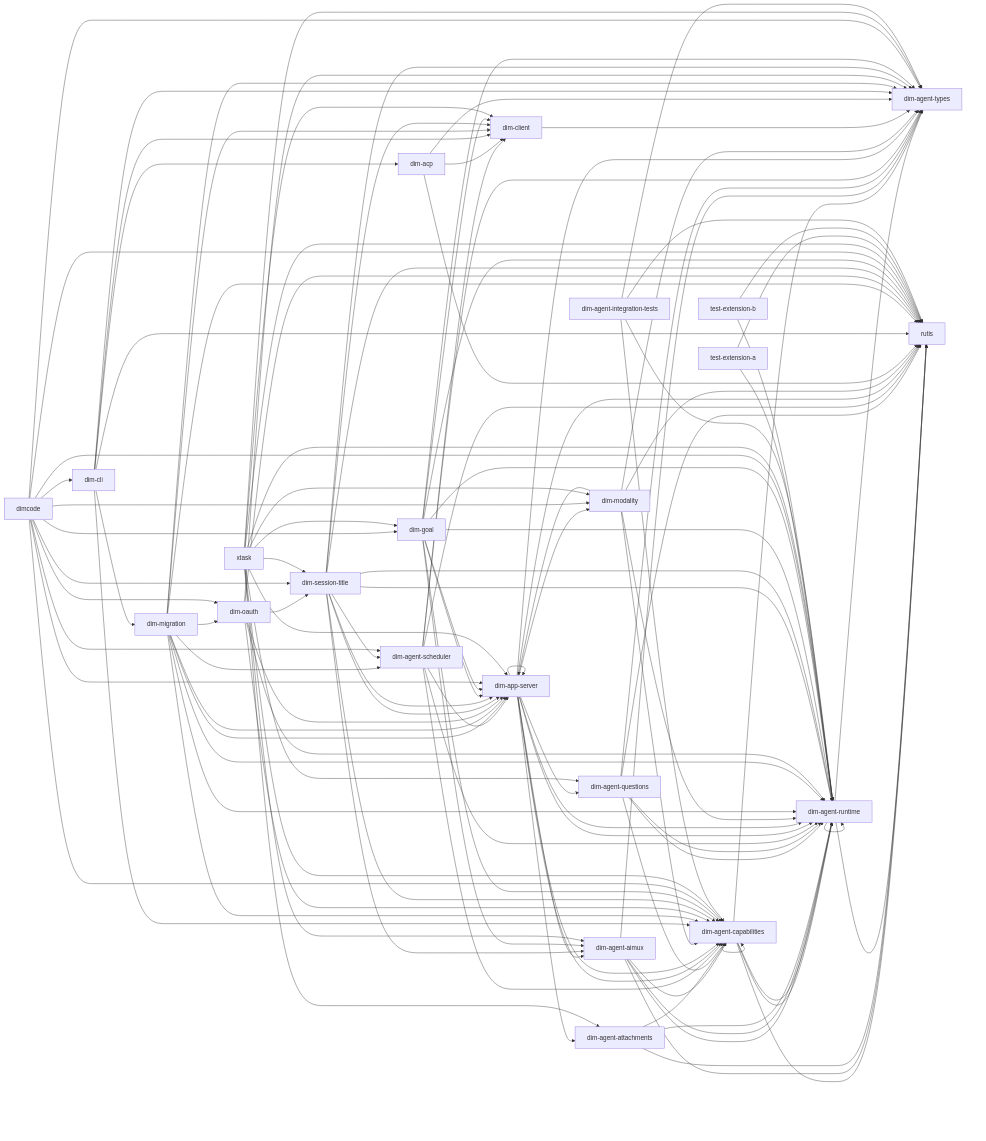
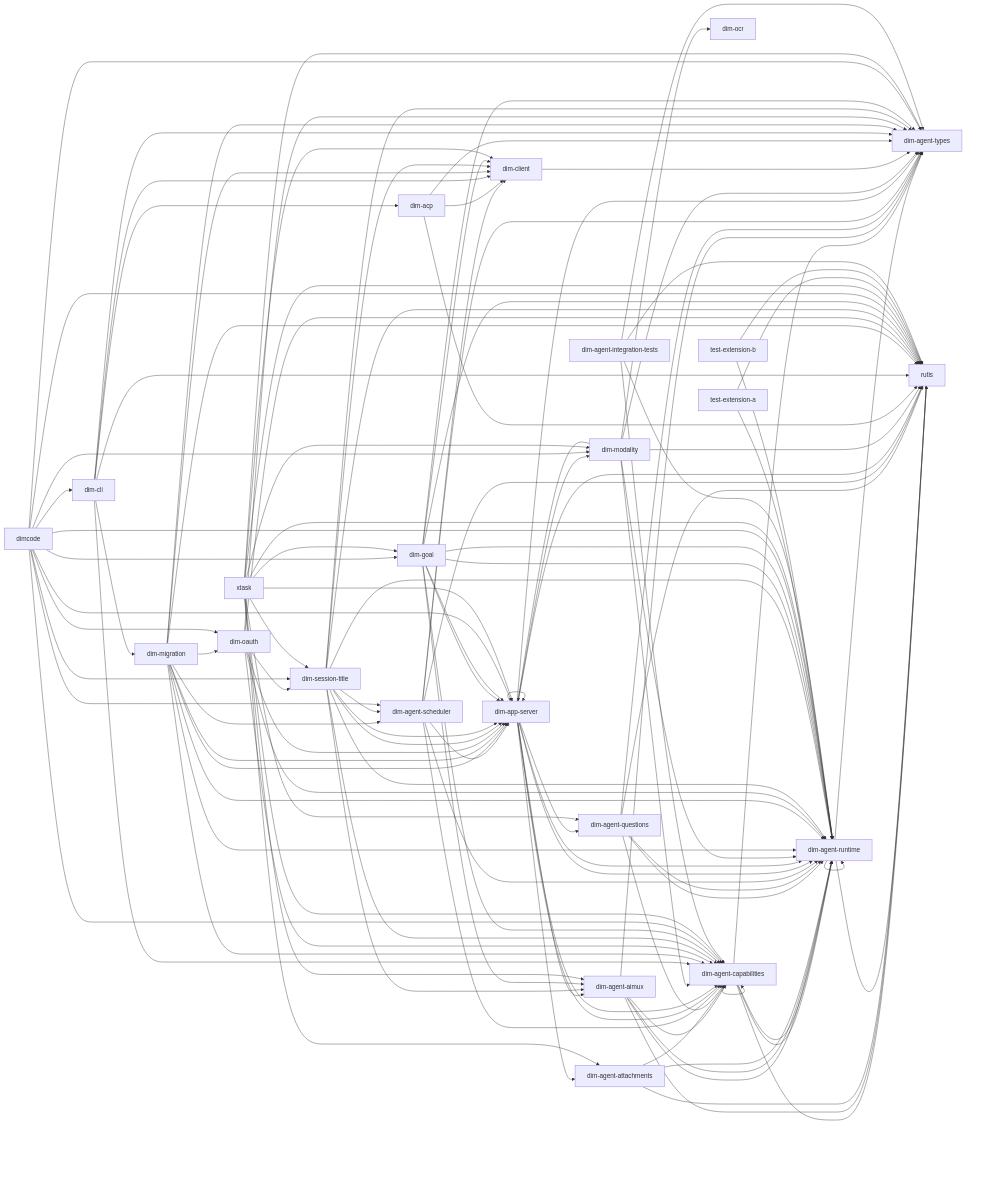
Before and after one commit to CoutinhoTTS/dim-agent: the diagram in docs/architecture/rust-agent/generated/crates.mmd, drawn with Mermaid. The commit also changed 9 other files, not shown here.

```diff
--- a/docs/architecture/rust-agent/generated/crates.mmd
+++ b/docs/architecture/rust-agent/generated/crates.mmd
@@ -1,121 +1,122 @@
 %% Generated from cargo metadata; do not edit.
 flowchart LR
   dim_agent_runtime["dim-agent-runtime"] --> dim_agent_types["dim-agent-types"]
   dim_agent_runtime["dim-agent-runtime"] --> rutis["rutis"]
   dim_agent_runtime["dim-agent-runtime"] --> dim_agent_runtime["dim-agent-runtime"]
   dim_agent_capabilities["dim-agent-capabilities"] --> dim_agent_runtime["dim-agent-runtime"]
   dim_agent_capabilities["dim-agent-capabilities"] --> dim_agent_types["dim-agent-types"]
   dim_agent_capabilities["dim-agent-capabilities"] --> rutis["rutis"]
   dim_agent_capabilities["dim-agent-capabilities"] --> dim_agent_capabilities["dim-agent-capabilities"]
   dim_agent_capabilities["dim-agent-capabilities"] --> dim_agent_runtime["dim-agent-runtime"]
   dim_agent_aimux["dim-agent-aimux"] --> dim_agent_capabilities["dim-agent-capabilities"]
   dim_agent_aimux["dim-agent-aimux"] --> dim_agent_runtime["dim-agent-runtime"]
   dim_agent_aimux["dim-agent-aimux"] --> dim_agent_types["dim-agent-types"]
   dim_agent_aimux["dim-agent-aimux"] --> rutis["rutis"]
   dim_agent_aimux["dim-agent-aimux"] --> dim_agent_runtime["dim-agent-runtime"]
   dim_agent_attachments["dim-agent-attachments"] --> dim_agent_capabilities["dim-agent-capabilities"]
   dim_agent_attachments["dim-agent-attachments"] --> dim_agent_runtime["dim-agent-runtime"]
   dim_agent_attachments["dim-agent-attachments"] --> rutis["rutis"]
   dim_agent_questions["dim-agent-questions"] --> dim_agent_capabilities["dim-agent-capabilities"]
   dim_agent_questions["dim-agent-questions"] --> dim_agent_runtime["dim-agent-runtime"]
   dim_agent_questions["dim-agent-questions"] --> dim_agent_types["dim-agent-types"]
   dim_agent_questions["dim-agent-questions"] --> rutis["rutis"]
   dim_agent_questions["dim-agent-questions"] --> dim_agent_runtime["dim-agent-runtime"]
   dim_agent_scheduler["dim-agent-scheduler"] --> dim_agent_capabilities["dim-agent-capabilities"]
   dim_agent_scheduler["dim-agent-scheduler"] --> dim_agent_runtime["dim-agent-runtime"]
   dim_agent_scheduler["dim-agent-scheduler"] --> dim_agent_types["dim-agent-types"]
   dim_agent_scheduler["dim-agent-scheduler"] --> dim_app_server["dim-app-server"]
   dim_agent_scheduler["dim-agent-scheduler"] --> rutis["rutis"]
   dim_agent_scheduler["dim-agent-scheduler"] --> dim_client["dim-client"]
   dim_app_server["dim-app-server"] --> dim_agent_aimux["dim-agent-aimux"]
   dim_app_server["dim-app-server"] --> dim_agent_attachments["dim-agent-attachments"]
   dim_app_server["dim-app-server"] --> dim_agent_capabilities["dim-agent-capabilities"]
   dim_app_server["dim-app-server"] --> dim_agent_questions["dim-agent-questions"]
   dim_app_server["dim-app-server"] --> dim_agent_runtime["dim-agent-runtime"]
   dim_app_server["dim-app-server"] --> dim_agent_types["dim-agent-types"]
   dim_app_server["dim-app-server"] --> rutis["rutis"]
   dim_app_server["dim-app-server"] --> dim_agent_capabilities["dim-agent-capabilities"]
   dim_app_server["dim-app-server"] --> dim_agent_runtime["dim-agent-runtime"]
   dim_app_server["dim-app-server"] --> dim_app_server["dim-app-server"]
   dim_app_server["dim-app-server"] --> dim_modality["dim-modality"]
   dim_modality["dim-modality"] --> dim_agent_capabilities["dim-agent-capabilities"]
   dim_modality["dim-modality"] --> dim_agent_runtime["dim-agent-runtime"]
   dim_modality["dim-modality"] --> dim_agent_types["dim-agent-types"]
   dim_modality["dim-modality"] --> dim_app_server["dim-app-server"]
+  dim_modality["dim-modality"] --> dim_ocr["dim-ocr"]
   dim_modality["dim-modality"] --> rutis["rutis"]
   dim_client["dim-client"] --> dim_agent_types["dim-agent-types"]
   dim_acp["dim-acp"] --> dim_agent_types["dim-agent-types"]
   dim_acp["dim-acp"] --> dim_client["dim-client"]
   dim_acp["dim-acp"] --> rutis["rutis"]
   dim_cli["dim-cli"] --> dim_acp["dim-acp"]
   dim_cli["dim-cli"] --> dim_agent_capabilities["dim-agent-capabilities"]
   dim_cli["dim-cli"] --> dim_agent_types["dim-agent-types"]
   dim_cli["dim-cli"] --> dim_client["dim-client"]
   dim_cli["dim-cli"] --> dim_migration["dim-migration"]
   dim_cli["dim-cli"] --> rutis["rutis"]
   dim_migration["dim-migration"] --> dim_agent_capabilities["dim-agent-capabilities"]
   dim_migration["dim-migration"] --> dim_agent_runtime["dim-agent-runtime"]
   dim_migration["dim-migration"] --> dim_agent_types["dim-agent-types"]
   dim_migration["dim-migration"] --> dim_app_server["dim-app-server"]
   dim_migration["dim-migration"] --> rutis["rutis"]
   dim_migration["dim-migration"] --> dim_agent_runtime["dim-agent-runtime"]
   dim_migration["dim-migration"] --> dim_agent_scheduler["dim-agent-scheduler"]
   dim_migration["dim-migration"] --> dim_app_server["dim-app-server"]
   dim_migration["dim-migration"] --> dim_client["dim-client"]
   dim_migration["dim-migration"] --> dim_oauth["dim-oauth"]
   dim_oauth["dim-oauth"] --> dim_agent_capabilities["dim-agent-capabilities"]
   dim_oauth["dim-oauth"] --> dim_agent_runtime["dim-agent-runtime"]
   dim_oauth["dim-oauth"] --> dim_app_server["dim-app-server"]
   dim_oauth["dim-oauth"] --> dim_session_title["dim-session-title"]
   dim_oauth["dim-oauth"] --> rutis["rutis"]
   dim_oauth["dim-oauth"] --> dim_agent_types["dim-agent-types"]
   dim_session_title["dim-session-title"] --> dim_agent_capabilities["dim-agent-capabilities"]
   dim_session_title["dim-session-title"] --> dim_agent_runtime["dim-agent-runtime"]
   dim_session_title["dim-session-title"] --> dim_agent_types["dim-agent-types"]
   dim_session_title["dim-session-title"] --> dim_app_server["dim-app-server"]
   dim_session_title["dim-session-title"] --> rutis["rutis"]
   dim_session_title["dim-session-title"] --> dim_agent_aimux["dim-agent-aimux"]
   dim_session_title["dim-session-title"] --> dim_agent_runtime["dim-agent-runtime"]
   dim_session_title["dim-session-title"] --> dim_agent_scheduler["dim-agent-scheduler"]
   dim_session_title["dim-session-title"] --> dim_app_server["dim-app-server"]
   dim_session_title["dim-session-title"] --> dim_client["dim-client"]
   dim_goal["dim-goal"] --> dim_agent_capabilities["dim-agent-capabilities"]
   dim_goal["dim-goal"] --> dim_agent_runtime["dim-agent-runtime"]
   dim_goal["dim-goal"] --> dim_agent_types["dim-agent-types"]
   dim_goal["dim-goal"] --> dim_app_server["dim-app-server"]
   dim_goal["dim-goal"] --> rutis["rutis"]
   dim_goal["dim-goal"] --> dim_agent_aimux["dim-agent-aimux"]
   dim_goal["dim-goal"] --> dim_agent_runtime["dim-agent-runtime"]
   dim_goal["dim-goal"] --> dim_app_server["dim-app-server"]
   dim_goal["dim-goal"] --> dim_client["dim-client"]
   dimcode["dimcode"] --> dim_agent_runtime["dim-agent-runtime"]
   dimcode["dimcode"] --> dim_agent_scheduler["dim-agent-scheduler"]
   dimcode["dimcode"] --> dim_app_server["dim-app-server"]
   dimcode["dimcode"] --> dim_cli["dim-cli"]
   dimcode["dimcode"] --> dim_goal["dim-goal"]
   dimcode["dimcode"] --> dim_modality["dim-modality"]
   dimcode["dimcode"] --> dim_oauth["dim-oauth"]
   dimcode["dimcode"] --> dim_session_title["dim-session-title"]
   dimcode["dimcode"] --> dim_agent_capabilities["dim-agent-capabilities"]
   dimcode["dimcode"] --> dim_agent_types["dim-agent-types"]
   dimcode["dimcode"] --> rutis["rutis"]
   xtask["xtask"] --> dim_agent_aimux["dim-agent-aimux"]
   xtask["xtask"] --> dim_agent_attachments["dim-agent-attachments"]
   xtask["xtask"] --> dim_agent_capabilities["dim-agent-capabilities"]
   xtask["xtask"] --> dim_agent_questions["dim-agent-questions"]
   xtask["xtask"] --> dim_agent_runtime["dim-agent-runtime"]
   xtask["xtask"] --> dim_agent_types["dim-agent-types"]
   xtask["xtask"] --> dim_app_server["dim-app-server"]
   xtask["xtask"] --> dim_client["dim-client"]
   xtask["xtask"] --> dim_goal["dim-goal"]
   xtask["xtask"] --> dim_modality["dim-modality"]
   xtask["xtask"] --> dim_session_title["dim-session-title"]
   xtask["xtask"] --> rutis["rutis"]
   test_extension_a["test-extension-a"] --> dim_agent_runtime["dim-agent-runtime"]
   test_extension_a["test-extension-a"] --> rutis["rutis"]
   test_extension_b["test-extension-b"] --> dim_agent_runtime["dim-agent-runtime"]
   test_extension_b["test-extension-b"] --> rutis["rutis"]
   dim_agent_integration_tests["dim-agent-integration-tests"] --> dim_agent_capabilities["dim-agent-capabilities"]
   dim_agent_integration_tests["dim-agent-integration-tests"] --> dim_agent_runtime["dim-agent-runtime"]
   dim_agent_integration_tests["dim-agent-integration-tests"] --> dim_agent_types["dim-agent-types"]
   dim_agent_integration_tests["dim-agent-integration-tests"] --> rutis["rutis"]
```
